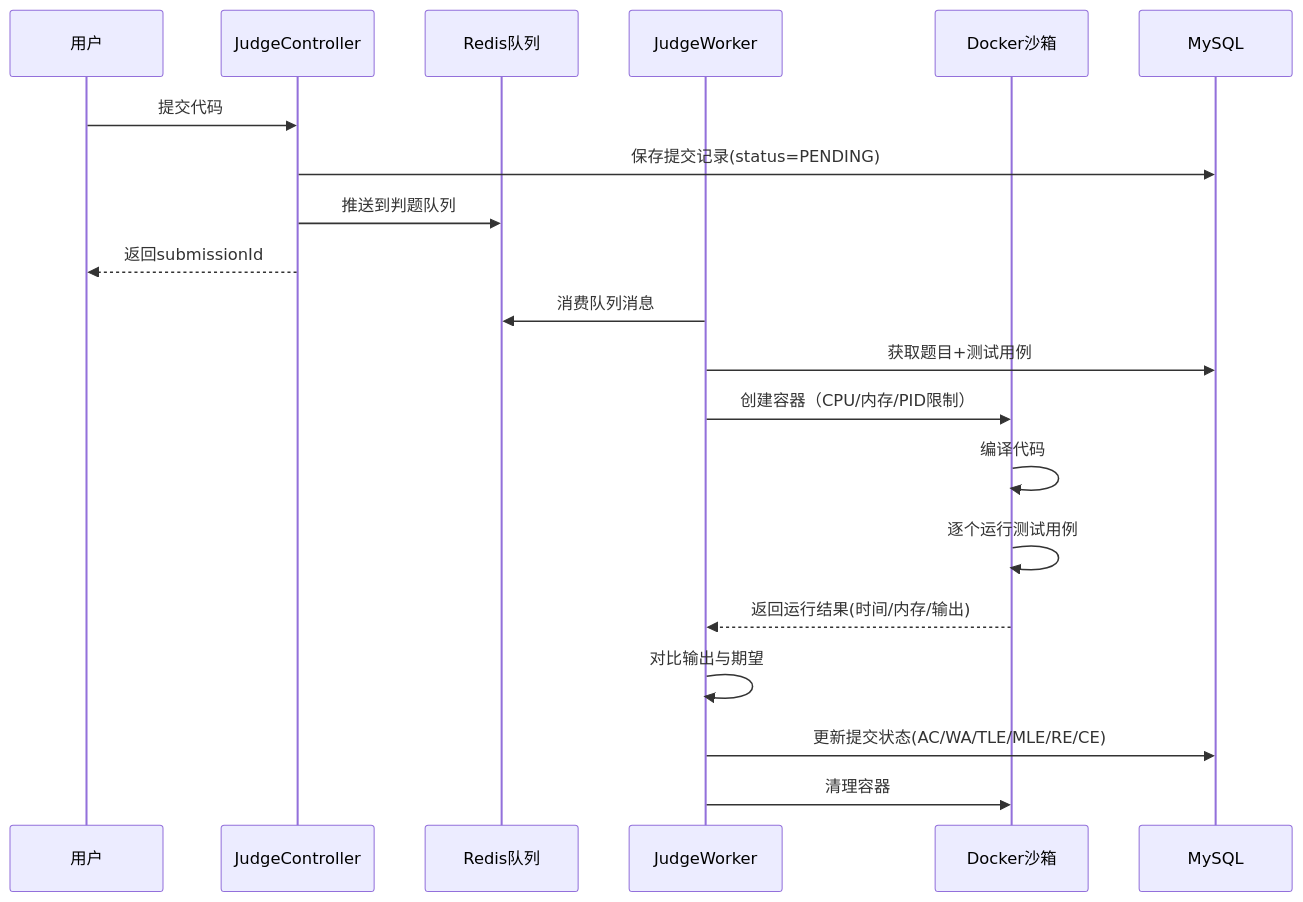
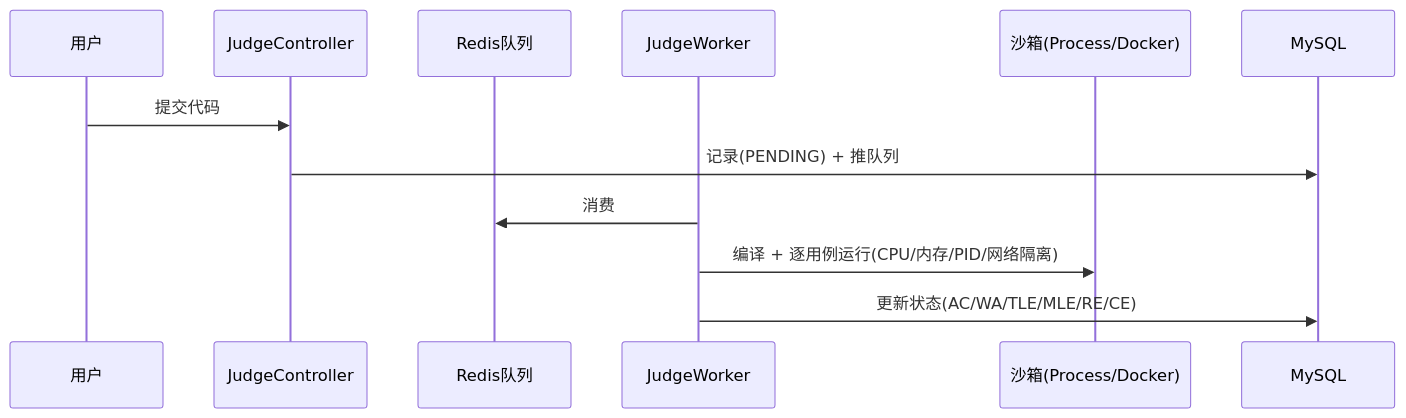
Before and after one commit to zyg-allen/moyun-project-document: the third of 3 diagrams in docs/01-架构设计/技术架构.md, drawn with Mermaid. The commit also changed other lines of this file and 412 other files, not shown here.

````diff
--- a/docs/01-架构设计/技术架构.md
+++ b/docs/01-架构设计/技术架构.md
@@ -212,24 +153,14 @@
 ```mermaid
 sequenceDiagram
     participant U as 用户
     participant API as JudgeController
     participant Q as Redis队列
     participant W as JudgeWorker
-    participant D as Docker沙箱
+    participant D as 沙箱(Process/Docker)
     participant DB as MySQL
-    
     U->>API: 提交代码
-    API->>DB: 保存提交记录(status=PENDING)
-    API->>Q: 推送到判题队列
-    API-->>U: 返回submissionId
-    
-    W->>Q: 消费队列消息
-    W->>DB: 获取题目+测试用例
-    W->>D: 创建容器（CPU/内存/PID限制）
-    D->>D: 编译代码
-    D->>D: 逐个运行测试用例
-    D-->>W: 返回运行结果(时间/内存/输出)
-    W->>W: 对比输出与期望
-    W->>DB: 更新提交状态(AC/WA/TLE/MLE/RE/CE)
-    W->>D: 清理容器
+    API->>DB: 记录(PENDING) + 推队列
+    W->>Q: 消费
+    W->>D: 编译 + 逐用例运行(CPU/内存/PID/网络隔离)
+    W->>DB: 更新状态(AC/WA/TLE/MLE/RE/CE)
 ```
````
